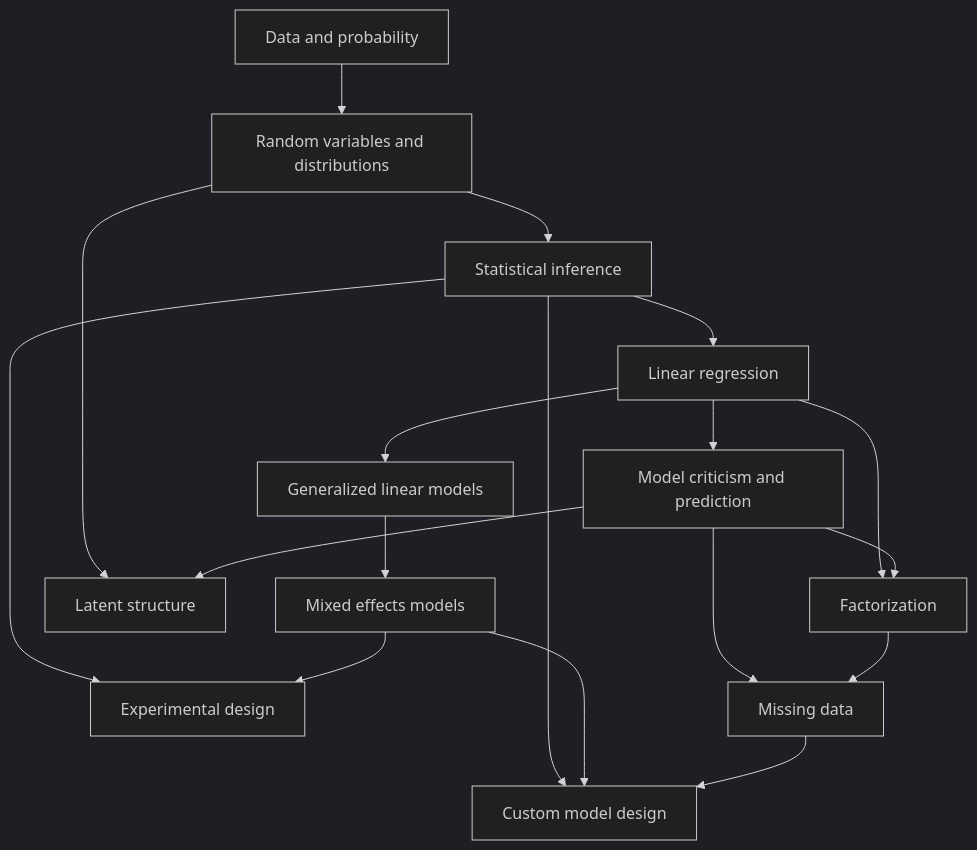
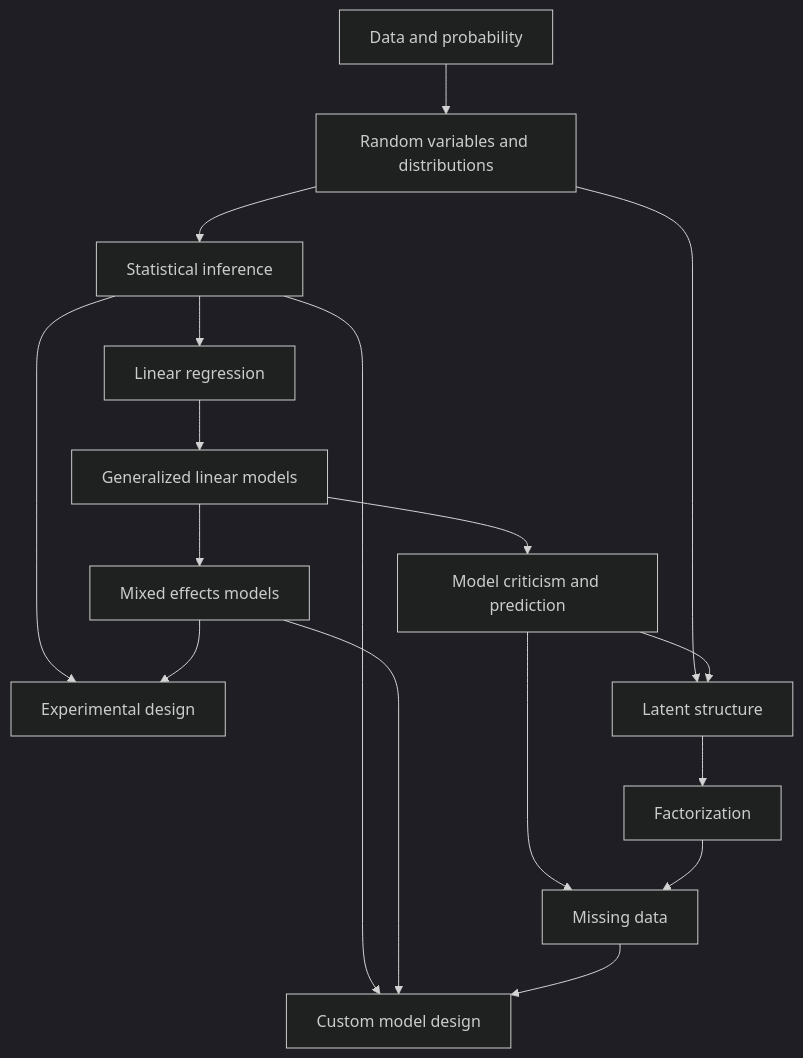
One commit to aaronstevenwhite/stats-in-ling changed the diagram in learning-path.qmd. Above: the diagram before and after it, drawn with Mermaid (dark theme). The commit also changed 477 other files, not shown here.

````diff
--- a/learning-path.qmd
+++ b/learning-path.qmd
@@ -9,46 +9,45 @@
 ```{mermaid}
 flowchart TD
     DATA["Data and probability"]
     RV["Random variables and distributions"]
     INF["Statistical inference"]
     LR["Linear regression"]
     CRIT["Model criticism and prediction"]
     GLM["Generalized linear models"]
     MIXED["Mixed effects models"]
     DESIGN["Experimental design"]
     LATENT["Latent structure"]
     FACT["Factorization"]
     MISSING["Missing data"]
     CUSTOM["Custom model design"]
 
     DATA --> RV
     RV --> INF
     INF --> LR
-    LR --> CRIT
     LR --> GLM
+    GLM --> CRIT
     GLM --> MIXED
     INF --> DESIGN
     MIXED --> DESIGN
     RV --> LATENT
     CRIT --> LATENT
-    LR --> FACT
-    CRIT --> FACT
+    LATENT --> FACT
     CRIT --> MISSING
     FACT --> MISSING
     INF --> CUSTOM
     MIXED --> CUSTOM
     MISSING --> CUSTOM
 
     click DATA "foundations/index.html" "Open Data and probability"
     click RV "random-variables-and-distributions/index.html" "Open Random variables and distributions"
     click INF "statistical-inference/index.html" "Open Statistical inference"
     click LR "regression-models/index.html" "Open Linear regression"
     click CRIT "model-criticism-and-prediction/index.html" "Open Model criticism and prediction"
     click GLM "regression-models/why-generalized-linear-models.html" "Open Generalized linear models"
     click MIXED "regression-models/structured-data.html" "Open Mixed effects models"
     click DESIGN "experimental-design/index.html" "Open Experimental design"
     click LATENT "latent-structure/index.html" "Open Latent structure"
     click FACT "factorization/index.html" "Open Factorization"
     click MISSING "missing-data/index.html" "Open Missing data"
     click CUSTOM "custom-models/index.html" "Open Custom model design"
 ```
````
